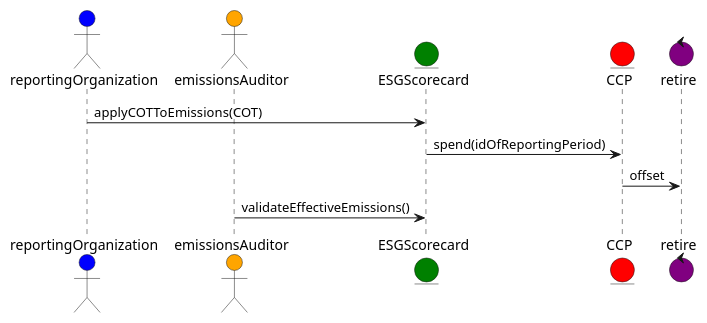
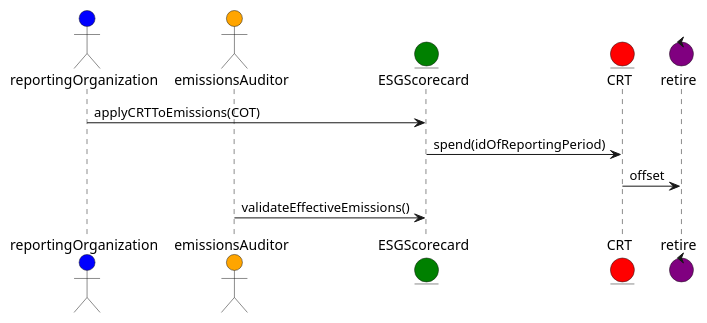
Before and after one commit to InterWorkAlliance/Sustainability: the diagram in vem/offsetting/readme.md, drawn with PlantUML. The commit also changed other lines of this file, not shown here.

````diff
--- a/vem/offsetting/readme.md
+++ b/vem/offsetting/readme.md
@@ -7,15 +7,15 @@
 ```plantuml
 @startuml
     actor reportingOrganization #blue
     actor emissionsAuditor #orange
     entity ESGScorecard #green
-    entity CCP #red
+    entity CRT #red
     control retire #purple
 
-    reportingOrganization ->    ESGScorecard: applyCOTToEmissions(COT)
-    ESGScorecard -> CCP: spend(idOfReportingPeriod)
-    CCP -> retire: offset
+    reportingOrganization ->    ESGScorecard: applyCRTToEmissions(COT)
+    ESGScorecard -> CRT: spend(idOfReportingPeriod)
+    CRT -> retire: offset
     emissionsAuditor -> ESGScorecard: validateEffectiveEmissions()
 
 @enduml
 ```
````
